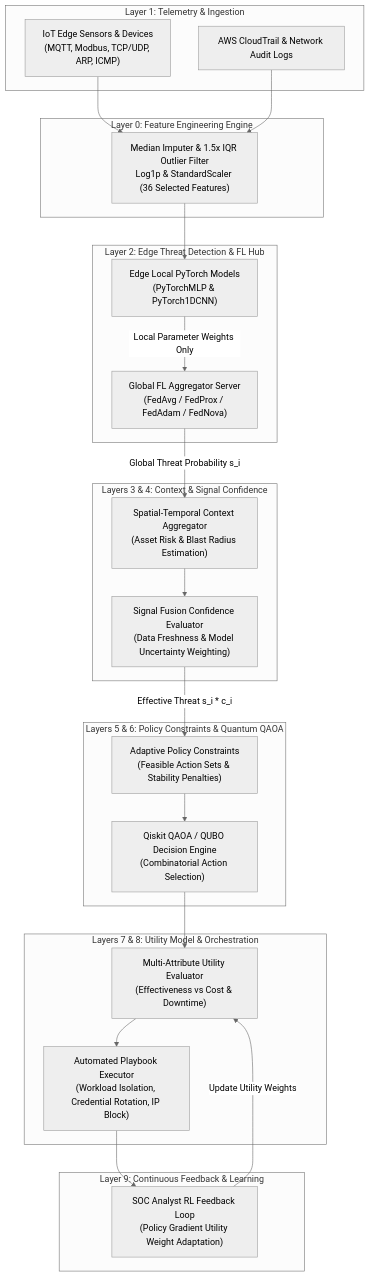
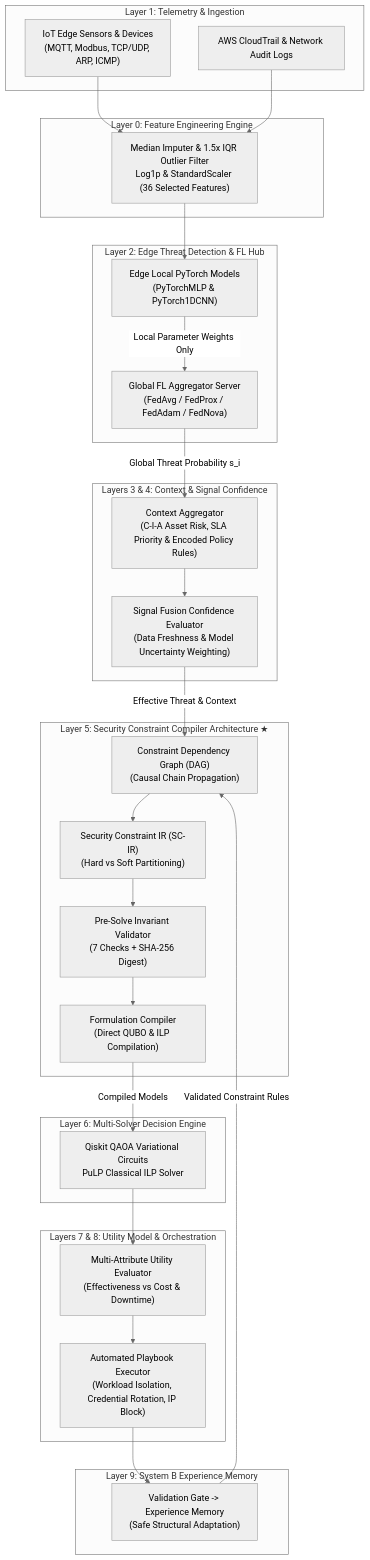
One commit to NAVEEN001138/cloud-guard-project changed the diagram in IEEE_RESEARCH_PAPER.md. Above: the diagram before and after it, drawn with Mermaid (neutral theme). The commit also changed other lines of this file and 25 other files, not shown here.

First line of the commit message:
feat(compiler): harden Layer 5 Security Constraint Compiler Architecture, 300 DPI diagrams, benchmarks & prior-art dossier

````diff
--- a/IEEE_RESEARCH_PAPER.md
+++ b/IEEE_RESEARCH_PAPER.md
@@ -35,48 +45,55 @@
 ```mermaid
 graph TD
     subgraph L1 ["Layer 1: Telemetry & Ingestion"]
         IoTEdge["IoT Edge Sensors & Devices<br/>(MQTT, Modbus, TCP/UDP, ARP, ICMP)"]
         CloudLogs["AWS CloudTrail & Network Audit Logs"]
     end
 
     subgraph L0 ["Layer 0: Feature Engineering Engine"]
         Preproc["Median Imputer & 1.5x IQR Outlier Filter<br/>Log1p & StandardScaler (36 Selected Features)"]
     end
 
     subgraph L2 ["Layer 2: Edge Threat Detection & FL Hub"]
         EdgeMLP["Edge Local PyTorch Models<br/>(PyTorchMLP & PyTorch1DCNN)"]
         FLAggregator["Global FL Aggregator Server<br/>(FedAvg / FedProx / FedAdam / FedNova)"]
     end
 
     subgraph L3_4 ["Layers 3 & 4: Context & Signal Confidence"]
-        ContextEng["Spatial-Temporal Context Aggregator<br/>(Asset Risk & Blast Radius Estimation)"]
+        ContextEng["Context Aggregator<br/>(C-I-A Asset Risk, SLA Priority & Encoded Policy Rules)"]
         ConfEval["Signal Fusion Confidence Evaluator<br/>(Data Freshness & Model Uncertainty Weighting)"]
     end
 
-    subgraph L5_6 ["Layers 5 & 6: Policy Constraints & Quantum QAOA"]
-        AdaptiveCons["Adaptive Policy Constraints<br/>(Feasible Action Sets & Stability Penalties)"]
-        QUBOEngine["Qiskit QAOA / QUBO Decision Engine<br/>(Combinatorial Action Selection)"]
+    subgraph L5 ["Layer 5: Security Constraint Compiler Architecture ★"]
+        DAG["Constraint Dependency Graph (DAG)<br/>(Causal Chain Propagation)"]
+        SCIR["Security Constraint IR (SC-IR)<br/>(Hard vs Soft Partitioning)"]
+        Certifier["Pre-Solve Invariant Validator<br/>(7 Checks + SHA-256 Digest)"]
+        Compiler["Formulation Compiler<br/>(Direct QUBO & ILP Compilation)"]
+    end
+
+    subgraph L6 ["Layer 6: Multi-Solver Decision Engine"]
+        QUBOEngine["Qiskit QAOA Variational Circuits<br/>PuLP Classical ILP Solver"]
     end
 
     subgraph L7_8 ["Layers 7 & 8: Utility Model & Orchestration"]
         UtilityModel["Multi-Attribute Utility Evaluator<br/>(Effectiveness vs Cost & Downtime)"]
         Orchestration["Automated Playbook Executor<br/>(Workload Isolation, Credential Rotation, IP Block)"]
     end
 
-    subgraph L9 ["Layer 9: Continuous Feedback & Learning"]
-        FeedbackLoop["SOC Analyst RL Feedback Loop<br/>(Policy Gradient Utility Weight Adaptation)"]
+    subgraph L9 ["Layer 9: System B Experience Memory"]
+        FeedbackLoop["Validation Gate -> Experience Memory<br/>(Safe Structural Adaptation)"]
     end
 
     IoTEdge --> Preproc
     CloudLogs --> Preproc
     Preproc --> EdgeMLP
     EdgeMLP -->|Local Parameter Weights Only| FLAggregator
     FLAggregator -->|Global Threat Probability s_i| ContextEng
     ContextEng --> ConfEval
-    ConfEval -->|Effective Threat s_i * c_i| AdaptiveCons
-    AdaptiveCons --> QUBOEngine
+    ConfEval -->|Effective Threat & Context| DAG
+    DAG --> SCIR --> Certifier --> Compiler
+    Compiler -->|Compiled Models| QUBOEngine
     QUBOEngine --> UtilityModel
     UtilityModel --> Orchestration
     Orchestration --> FeedbackLoop
-    FeedbackLoop -->|Update Utility Weights| UtilityModel
+    FeedbackLoop -->|Validated Constraint Rules| DAG
 ```
````
